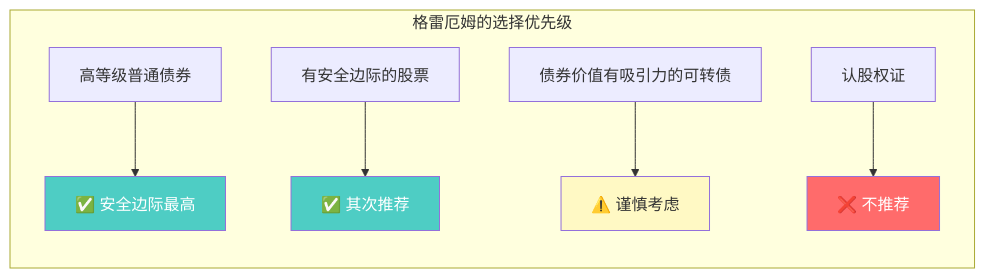
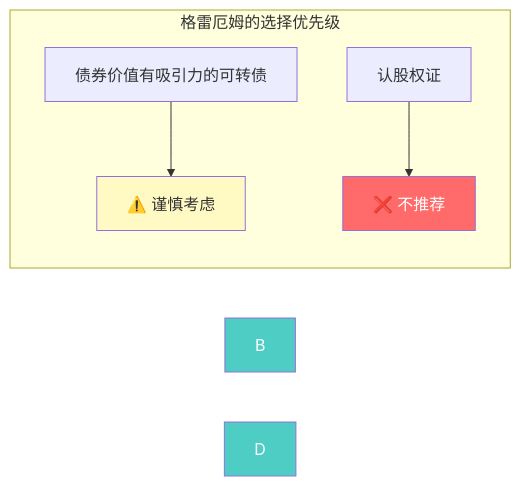
Before and after one commit to ql-wade/buffett-knowledge-base: the fifth of 7 diagrams in content/finance/聪明的投资者-章节拆解/第16章-可转换证券与认股权证.md, drawn with Mermaid. The commit also changed other lines of this file and 77 other files, not shown here.

````diff
--- a/content/finance/聪明的投资者-章节拆解/第16章-可转换证券与认股权证.md
+++ b/content/finance/聪明的投资者-章节拆解/第16章-可转换证券与认股权证.md
@@ -277,14 +277,12 @@
 ```mermaid
 flowchart LR
     subgraph 格雷厄姆的选择优先级
-        A[高等级普通债券] --> B[✅ 安全边际最高]
-        C[有安全边际的股票] --> D[✅ 其次推荐]
         E[债券价值有吸引力的可转债] --> F[⚠️ 谨慎考虑]
         G[认股权证] --> H[❌ 不推荐]
     end
     
     style B fill:#4ecdc4,color:#fff
     style D fill:#4ecdc4,color:#fff
     style F fill:#fff9c4,color:#333
     style H fill:#ff6b6b,color:#fff
 ```
````
